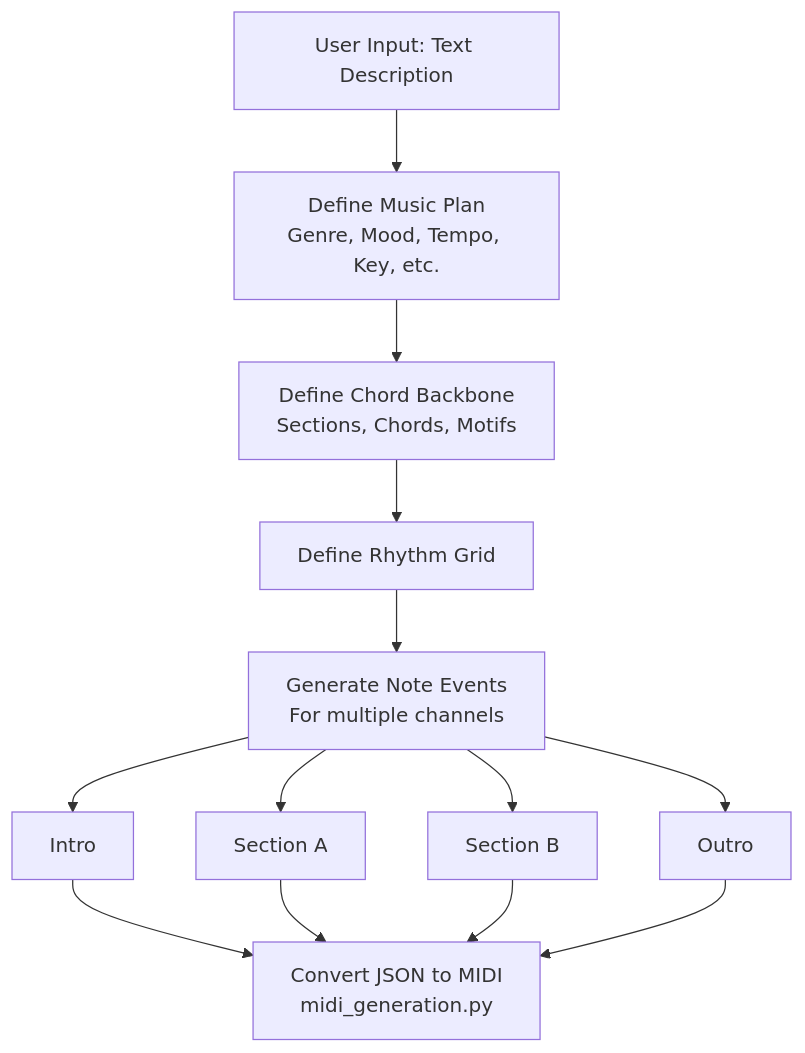
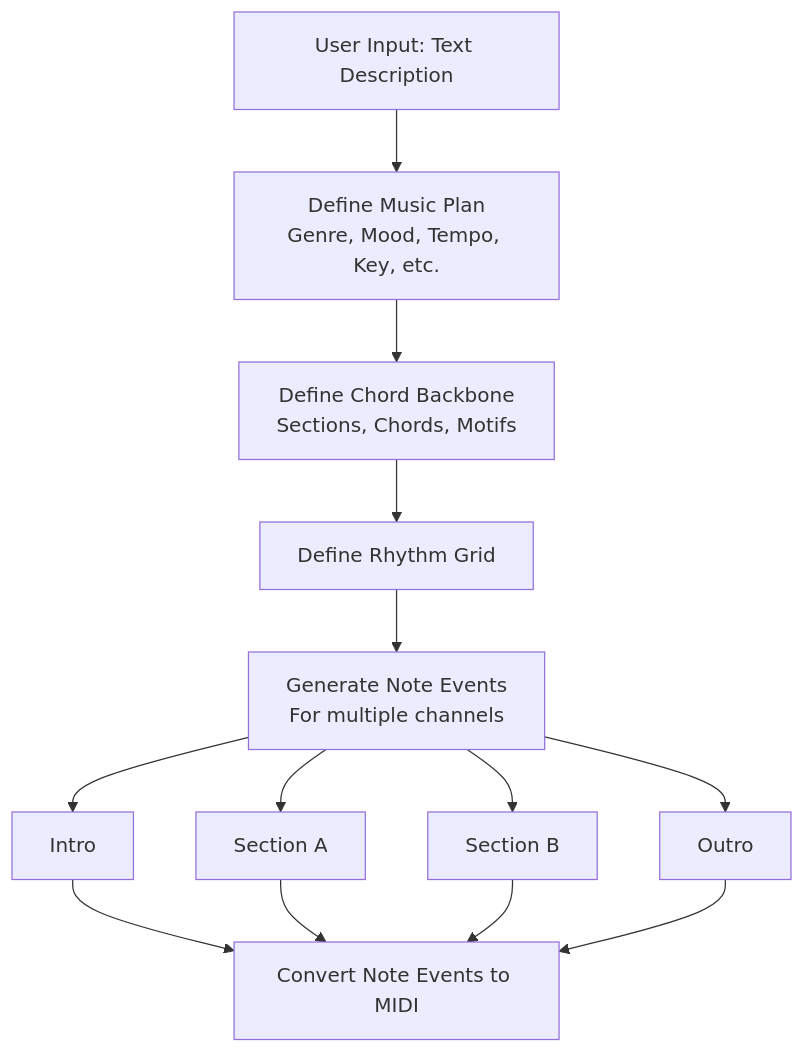
The first of 2 diagrams in README.md (monitus2022/AnyLLM2Music-backend), drawn with Mermaid before and after one commit. The commit also changed other lines of this file and 2 other files, not shown here.

````diff
--- a/README.md
+++ b/README.md
@@ -9,15 +9,15 @@
 ```mermaid
 graph TD;
     A[User Input: Text Description] --> B[Define Music Plan<br/>Genre, Mood, Tempo, Key, etc.];
     B --> C[Define Chord Backbone<br/>Sections, Chords, Motifs];
     C --> D[Define Rhythm Grid];
     D --> E[Generate Note Events<br/>For multiple channels];
     E --> E1[Intro];
     E --> E2[Section A];
     E --> E3[Section B];
     E --> E4[Outro];
-    E1 --> F[Convert JSON to MIDI<br/>midi_generation.py];
+    E1 --> F[Convert Note Events to MIDI];
     E2 --> F
     E3 --> F
     E4 --> F
 ```
````
